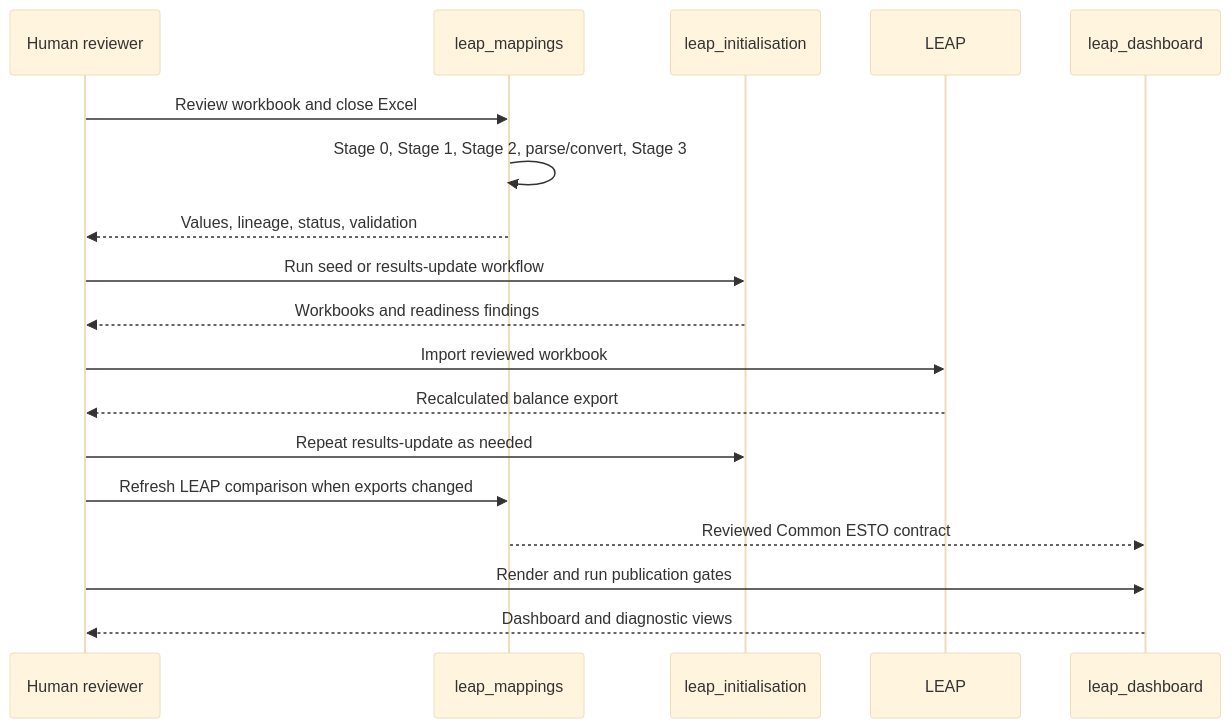
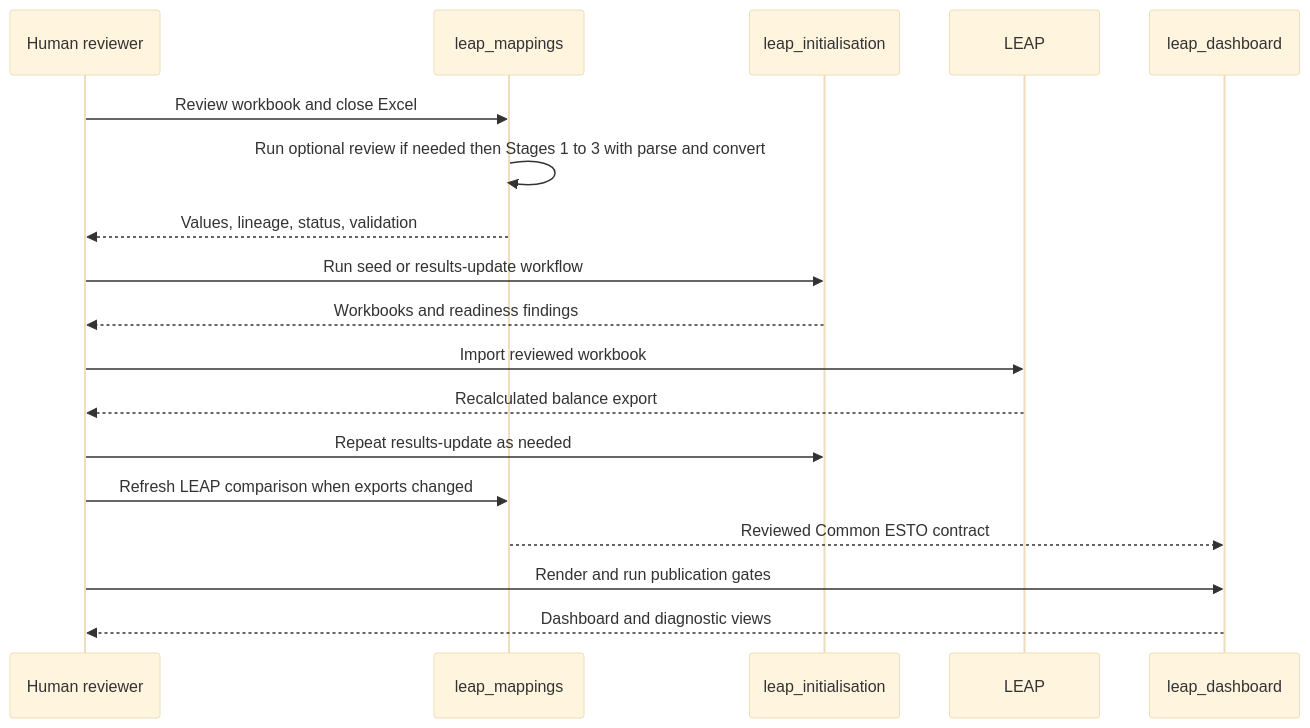
The ninth of 12 diagrams in docs/handover/end_to_end_system_guide.md (asia-pacific-energy-research-centre/leap_mappings), drawn with Mermaid (base theme) before and after one commit. The commit also changed other lines of this file and 30 other files, not shown here.

````diff
--- a/docs/handover/end_to_end_system_guide.md
+++ b/docs/handover/end_to_end_system_guide.md
@@ -446,21 +443,21 @@
 ```mermaid
 sequenceDiagram
     participant H as Human reviewer
     participant M as leap_mappings
     participant I as leap_initialisation
     participant L as LEAP
     participant D as leap_dashboard
 
     H->>M: Review workbook and close Excel
-    M->>M: Stage 0, Stage 1, Stage 2, parse/convert, Stage 3
+    M->>M: Run optional review if needed then Stages 1 to 3 with parse and convert
     M-->>H: Values, lineage, status, validation
     H->>I: Run seed or results-update workflow
     I-->>H: Workbooks and readiness findings
     H->>L: Import reviewed workbook
     L-->>H: Recalculated balance export
     H->>I: Repeat results-update as needed
     H->>M: Refresh LEAP comparison when exports changed
     M-->>D: Reviewed Common ESTO contract
     H->>D: Render and run publication gates
     D-->>H: Dashboard and diagnostic views
 ```
````
